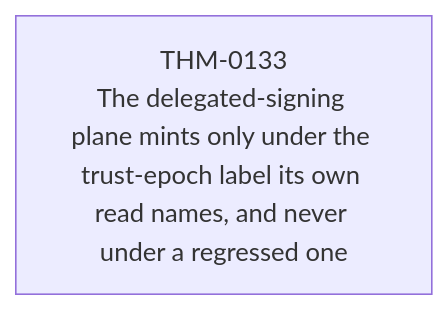
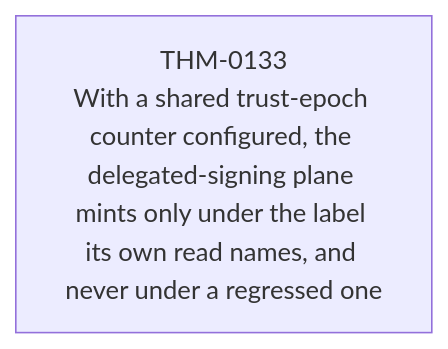
One commit to matssun/mcp-re changed diagram 23 of 24 in verification/generated/theorem-dependencies.md. Above: the diagram before and after it, drawn with Mermaid. The commit also changed 28 other files, not shown here.

````diff
--- a/verification/generated/theorem-dependencies.md
+++ b/verification/generated/theorem-dependencies.md
@@ -459,4 +459,4 @@
 ```mermaid
 graph BT
-    THM_0133["THM-0133<br/>The delegated-signing plane mints only under the trust-epoch label its own read names, and never under a regressed one"]
+    THM_0133["THM-0133<br/>With a shared trust-epoch counter configured, the delegated-signing plane mints only under the label its own read names, and never under a regressed one"]
 ```
````
